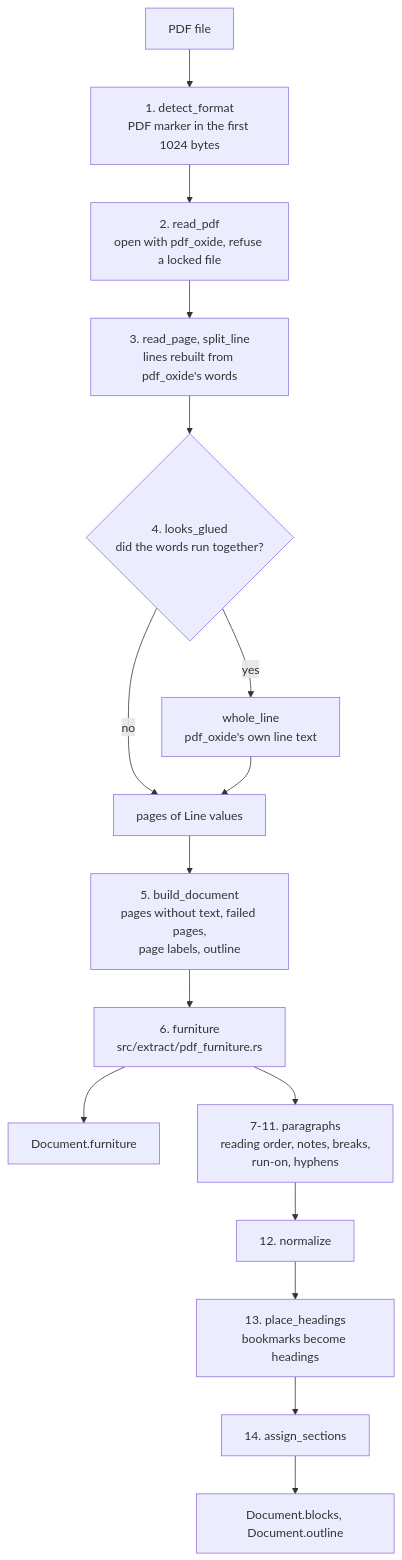
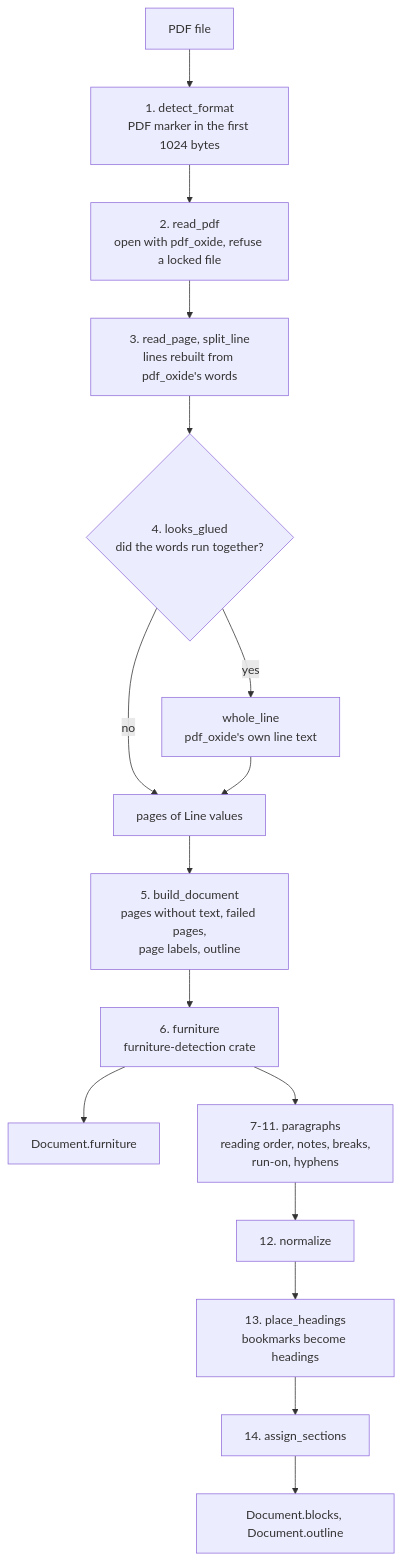
One commit to AhmedKishki/ebook-hero changed the diagram in docs/pdf-reading.md. Above: the diagram before and after it, drawn with Mermaid. The commit also changed other lines of this file and 16 other files, not shown here.

First line of the commit message:
Use the furniture-detection and concept-map crates

````diff
--- a/docs/pdf-reading.md
+++ b/docs/pdf-reading.md
@@ -49,18 +49,18 @@
 ```mermaid
 flowchart TD
     A["PDF file"] --> B["1. detect_format<br/>PDF marker in the first 1024 bytes"]
     B --> C["2. read_pdf<br/>open with pdf_oxide, refuse a locked file"]
     C --> D["3. read_page, split_line<br/>lines rebuilt from pdf_oxide's words"]
     D --> E{"4. looks_glued<br/>did the words run together?"}
     E -- no --> G["pages of Line values"]
     E -- yes --> F["whole_line<br/>pdf_oxide's own line text"]
     F --> G
     G --> H["5. build_document<br/>pages without text, failed pages,<br/>page labels, outline"]
-    H --> I["6. furniture<br/>src/extract/pdf_furniture.rs"]
+    H --> I["6. furniture<br/>furniture-detection crate"]
     I --> J["Document.furniture"]
     I --> K["7-11. paragraphs<br/>reading order, notes, breaks,<br/>run-on, hyphens"]
     K --> L["12. normalize"]
     L --> M["13. place_headings<br/>bookmarks become headings"]
     M --> N["14. assign_sections"]
     N --> O["Document.blocks, Document.outline"]
 ```
````
